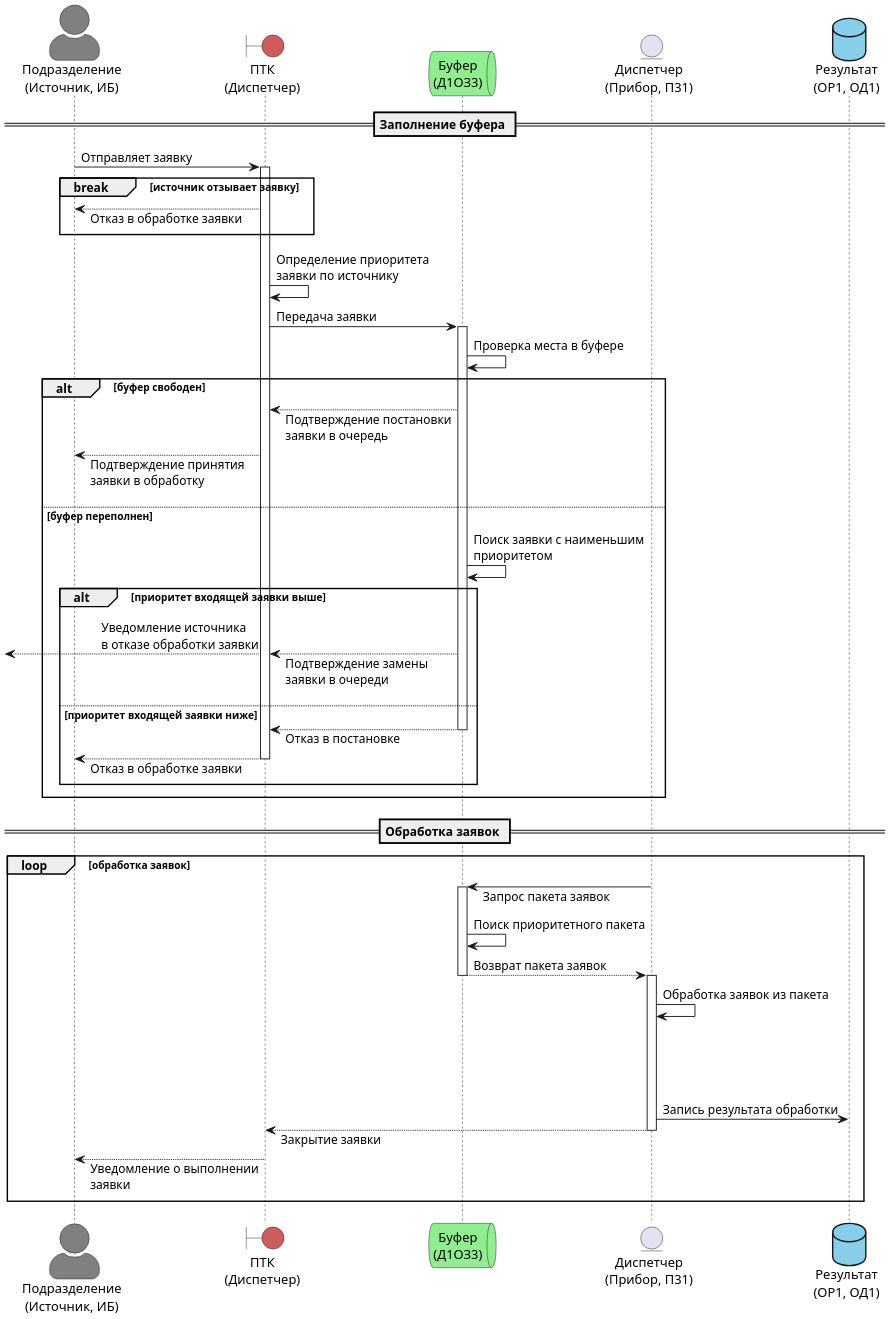
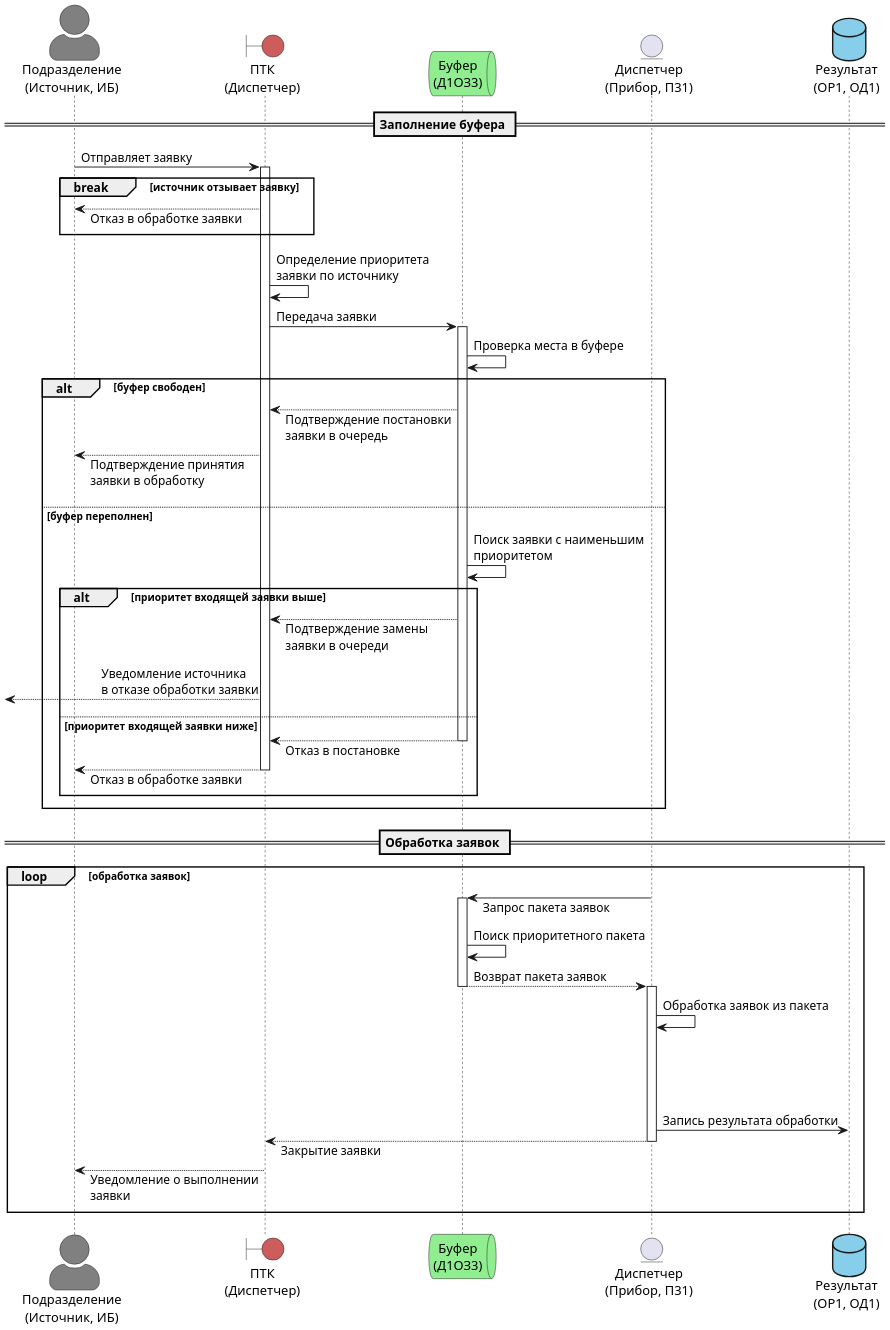
Before and after one commit to zagric/ASS: the diagram in docs/diagrams/src/sequnce.plantuml, drawn with PlantUML. The commit also changed 1 other file, not shown here.

```diff
--- a/docs/diagrams/src/sequnce.plantuml
+++ b/docs/diagrams/src/sequnce.plantuml
@@ -1,48 +1,48 @@
 @startuml sequence-diagram
 	!pragma teoz true
 
 	skinparam ActorStyle awesome
 	skinparam ResponseMessageBelowArrow true
 	scale 2
 
 	actor 		"Подразделение\n(Источник, ИБ)"	as source #Gray
 	boundary	"ПТК\n(Диспетчер)"							as ptk #IndianRed
 	queue			"Буфер\n(Д1ОЗ3)"								as buffer #LightGreen
 	entity		"Диспетчер\n(Прибор, П31)"			as worker
 	database	"Результат\n(ОР1, ОД1)"					as db #SkyBlue
 
 	== Заполнение буфера ==
 	source	-> ptk++:			Отправляет заявку
 	break источник отзывает заявку
 		source	<-- ptk:		Отказ в обработке заявки
 	end
 	ptk			-> ptk:				Определение приоритета\nзаявки по источнику
 	ptk			-> buffer++:	Передача заявки
 	buffer	-> buffer:		Проверка места в буфере
 	alt буфер свободен
 		ptk			<-- buffer:	Подтверждение постановки\nзаявки в очередь
 		source	<-- ptk:		Подтверждение принятия\nзаявки в обработку
 	else буфер переполнен
 		buffer	-> buffer:	Поиск заявки с наименьшим\nприоритетом
 		alt приоритет входящей заявки выше
 			ptk			<-- buffer:		Подтверждение замены\nзаявки в очереди
-			&				<-- ptk:			Уведомление источника\nв отказе обработки заявки
+							<-- ptk:			Уведомление источника\nв отказе обработки заявки
 		else приоритет входящей заявки ниже
 			ptk			<-- buffer--:	Отказ в постановке
 			source	<-- ptk--:		Отказ в обработке заявки
 		end
 	end
 
 	== Обработка заявок ==
 
 	loop обработка заявок
 		buffer		<-	worker++:		Запрос пакета заявок
 		buffer		->	buffer:			Поиск приоритетного пакета
 		buffer		-->	worker--++:	Возврат пакета заявок
 		worker		-> worker:			Обработка заявок из пакета
 		||80||
 		worker		-> db:					Запись результата обработки
 		ptk				<-- worker--:		Закрытие заявки
 		source		<-- ptk:				Уведомление о выполнении\nзаявки
 	end
 @enduml
```
